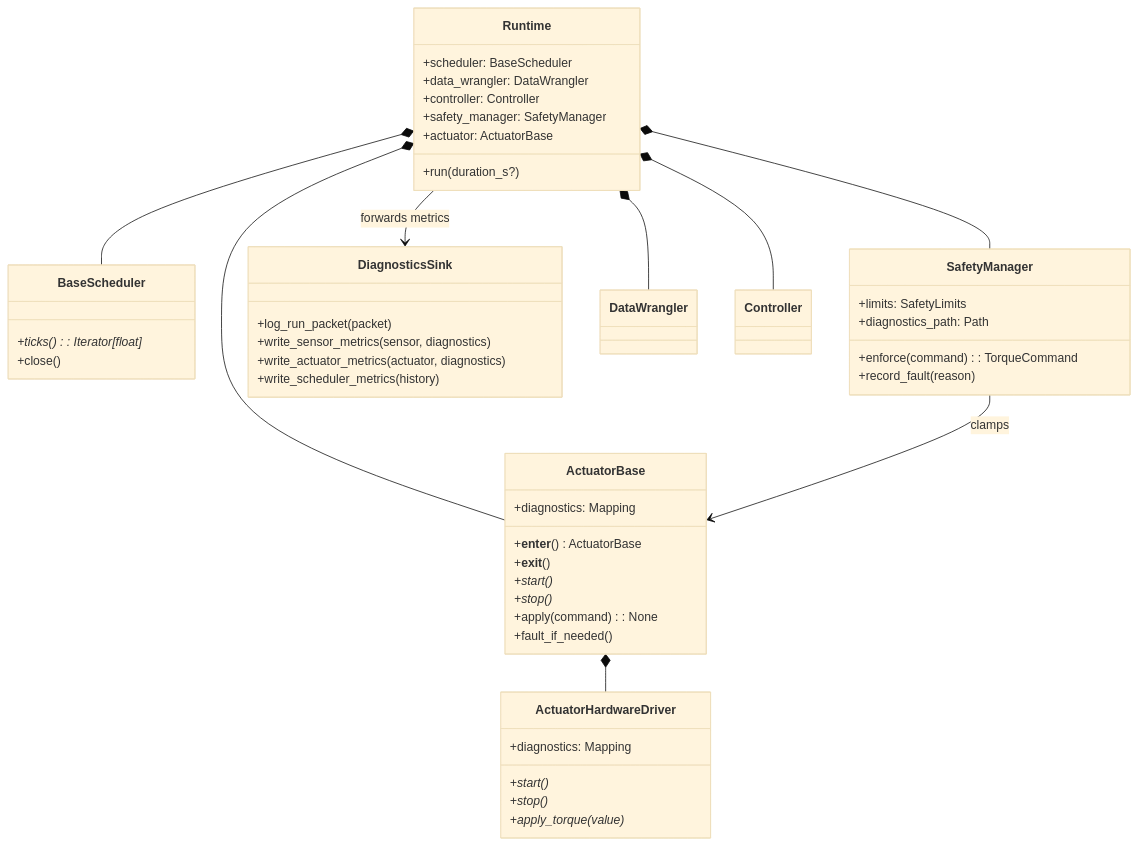
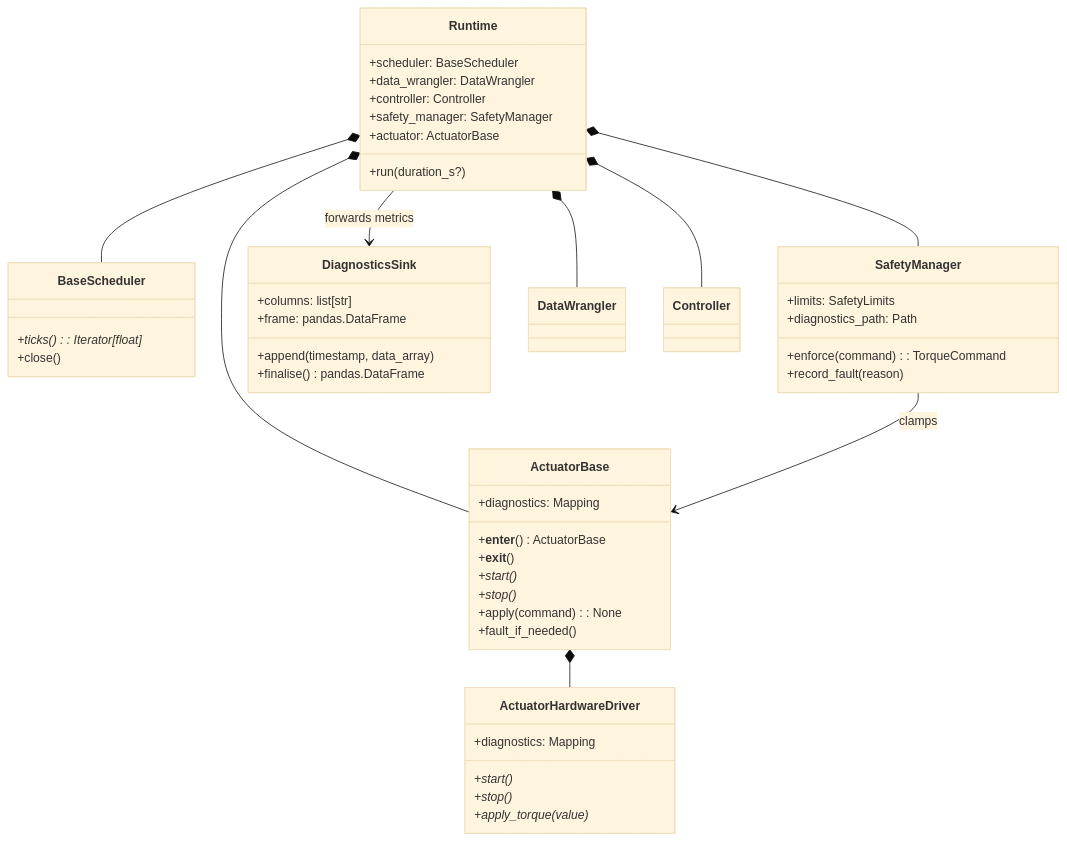
Before and after one commit to jmontp/raspberry-pi-controller-runtime: the sixth of 6 diagrams in docs/architecture.md, drawn with Mermaid (base theme). The commit also changed other lines of this file and 2 other files, not shown here.

Commit message:
Architecture document settled, going to start implementing now

````diff
--- a/docs/architecture.md
+++ b/docs/architecture.md
@@ -389,51 +326,51 @@
 ```mermaid
 classDiagram
     class Runtime {
       +scheduler: BaseScheduler
       +data_wrangler: DataWrangler
       +controller: Controller
       +safety_manager: SafetyManager
       +actuator: ActuatorBase
       +run(duration_s?)
     }
     class BaseScheduler {
       +ticks(): Iterator[float]*
       +close()
     }
     class SafetyManager {
       +limits: SafetyLimits
       +enforce(command): TorqueCommand
       +record_fault(reason)
       +diagnostics_path: Path
     }
     class ActuatorBase {
       +__enter__() ActuatorBase
       +__exit__()
       +start()*
       +stop()*
       +apply(command): None
       +fault_if_needed()
       +diagnostics: Mapping
     }
     class ActuatorHardwareDriver {
       +start()*
       +stop()*
       +apply_torque(value)*
       +diagnostics: Mapping
     }
     class DiagnosticsSink {
-      +log_run_packet(packet)
-      +write_sensor_metrics(sensor, diagnostics)
-      +write_actuator_metrics(actuator, diagnostics)
-      +write_scheduler_metrics(history)
+      +columns: list[str]
+      +frame: pandas.DataFrame
+      +append(timestamp, data_array)
+      +finalise() pandas.DataFrame
     }
 
     Runtime *-- BaseScheduler
     Runtime *-- DataWrangler
     Runtime *-- Controller
     Runtime *-- SafetyManager
     Runtime *-- ActuatorBase
     ActuatorBase *-- ActuatorHardwareDriver
     SafetyManager --> ActuatorBase : clamps
     Runtime --> DiagnosticsSink : forwards metrics
 ```
````
